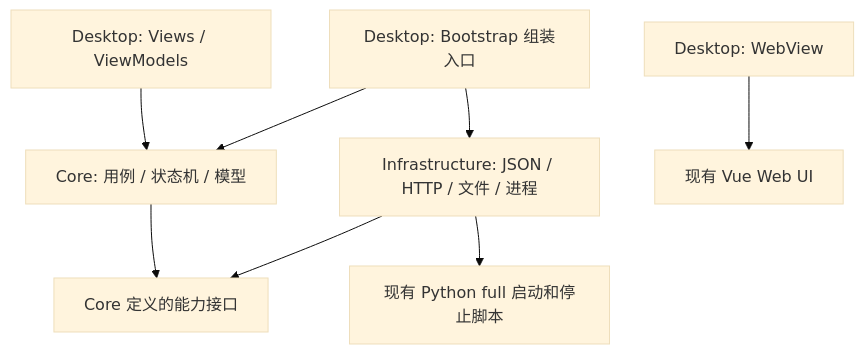
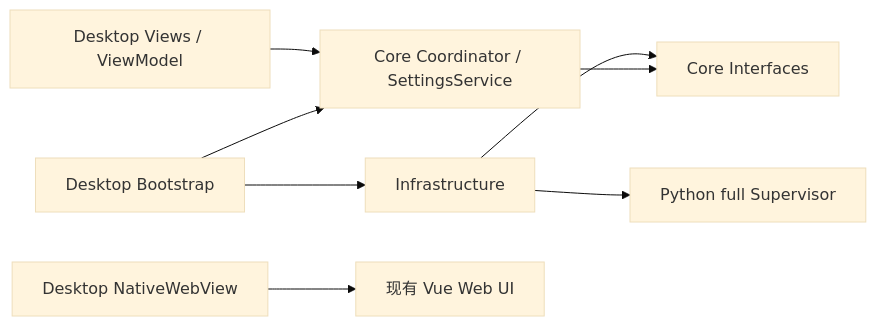
One commit to ammm56/amvision changed the diagram in docs/architecture/desktop-launcher.md. Above: the diagram before and after it, drawn with Mermaid (base theme). The commit also changed other lines of this file and 87 other files, not shown here.

````diff
--- a/docs/architecture/desktop-launcher.md
+++ b/docs/architecture/desktop-launcher.md
@@ -17,10 +15,10 @@
 ```mermaid
-flowchart TD
-  V[Desktop: Views / ViewModels] --> C[Core: 用例 / 状态机 / 模型]
-  B[Desktop: Bootstrap 组装入口] --> C
-  B --> I[Infrastructure: JSON / HTTP / 文件 / 进程]
-  I --> P[Core 定义的能力接口]
-  C --> P
-  I --> S[现有 Python full 启动和停止脚本]
-  W[Desktop: WebView] --> F[现有 Vue Web UI]
+flowchart LR
+  Views[Desktop Views / ViewModel] --> Core[Core Coordinator / SettingsService]
+  Bootstrap[Desktop Bootstrap] --> Infrastructure
+  Bootstrap --> Core
+  Infrastructure --> Interfaces[Core Interfaces]
+  Core --> Interfaces
+  Infrastructure --> Full[Python full Supervisor]
+  WebView[Desktop NativeWebView] --> Vue[现有 Vue Web UI]
 ```
````
